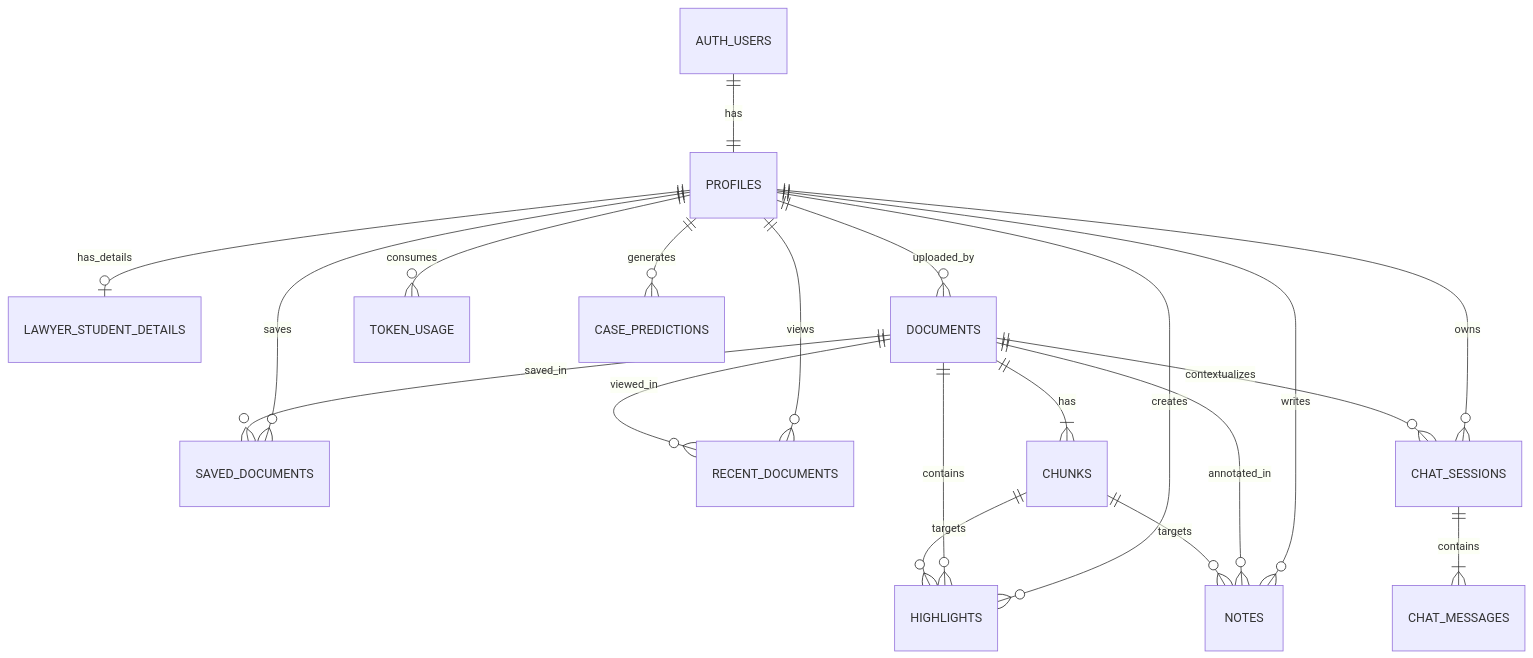
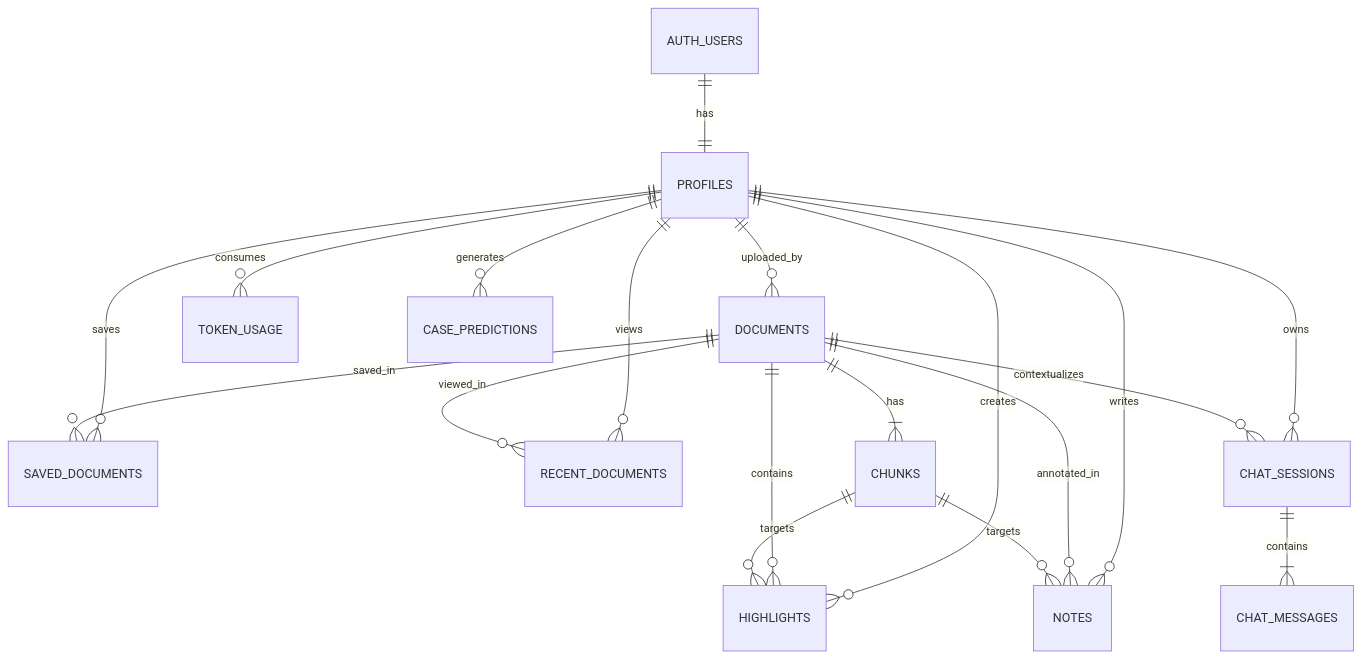
One commit to Mr-Saadis/LexLink changed the diagram in docs/DB_SCHEMA.md. Above: the diagram before and after it, drawn with Mermaid. The commit also changed other lines of this file and 11 other files, not shown here.

````diff
--- a/docs/DB_SCHEMA.md
+++ b/docs/DB_SCHEMA.md
@@ -9,25 +9,24 @@
 ```mermaid
 erDiagram
     AUTH_USERS ||--|| PROFILES : has
-    PROFILES ||--o| LAWYER_STUDENT_DETAILS : has_details
     PROFILES ||--o{ DOCUMENTS : uploaded_by
     PROFILES ||--o{ SAVED_DOCUMENTS : saves
     PROFILES ||--o{ RECENT_DOCUMENTS : views
     PROFILES ||--o{ HIGHLIGHTS : creates
     PROFILES ||--o{ NOTES : writes
     PROFILES ||--o{ CHAT_SESSIONS : owns
     PROFILES ||--o{ TOKEN_USAGE : consumes
     PROFILES ||--o{ CASE_PREDICTIONS : generates
 
     DOCUMENTS ||--|{ CHUNKS : has
     DOCUMENTS ||--o{ SAVED_DOCUMENTS : saved_in
     DOCUMENTS ||--o{ RECENT_DOCUMENTS : viewed_in
     DOCUMENTS ||--o{ HIGHLIGHTS : contains
     DOCUMENTS ||--o{ NOTES : annotated_in
     DOCUMENTS ||--o{ CHAT_SESSIONS : contextualizes
 
     CHUNKS ||--o{ HIGHLIGHTS : targets
     CHUNKS ||--o{ NOTES : targets
 
     CHAT_SESSIONS ||--|{ CHAT_MESSAGES : contains
 ```
````
